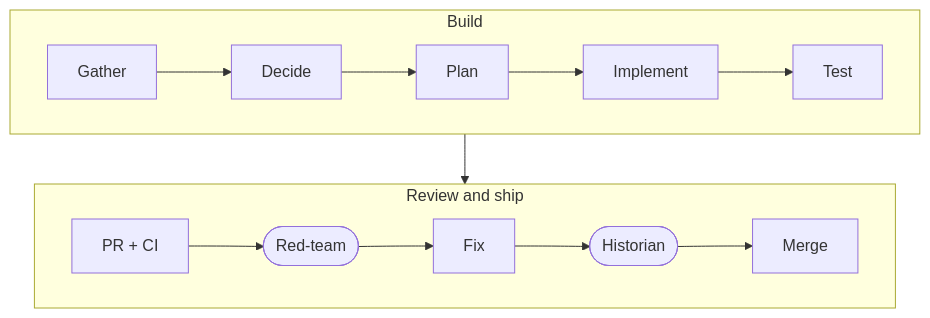
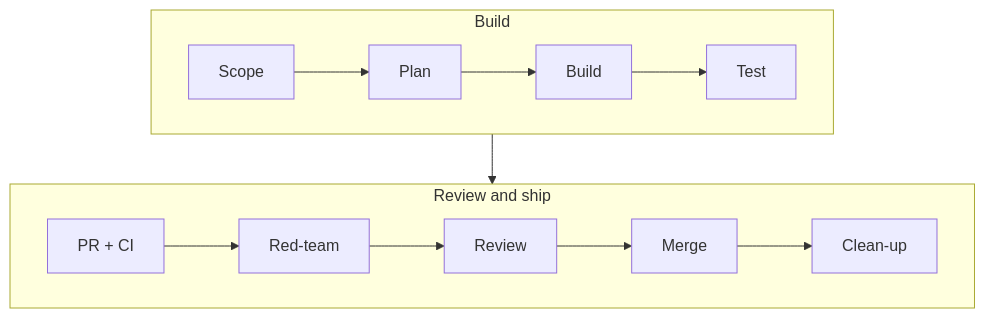
Before and after one commit to MatheusCastro99/MatheusCastro99: the diagram in README.md, drawn with Mermaid. The commit also changed other lines of this file, not shown here.

````diff
--- a/README.md
+++ b/README.md
@@ -75,12 +75,12 @@
 ```mermaid
 flowchart TB
     subgraph build ["Build"]
         direction LR
-        A["Gather"] --> B["Decide"] --> C["Plan"] --> D["Implement"] --> E["Test"]
+        A["Scope"] --> B["Plan"] --> C["Build"] --> D["Test"]
     end
     subgraph ship ["Review and ship"]
         direction LR
-        F["PR + CI"] --> G(["Red-team"]) --> H["Fix"] --> I(["Historian"]) --> J["Merge"]
+        E["PR + CI"] --> F["Red-team"] --> G["Review"] --> H["Merge"] --> I["Clean-up"]
     end
     build --> ship
 ```
````
